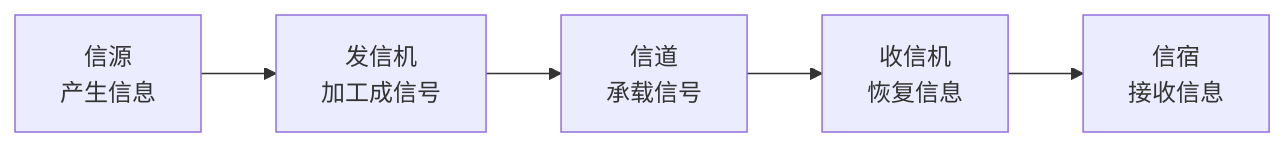
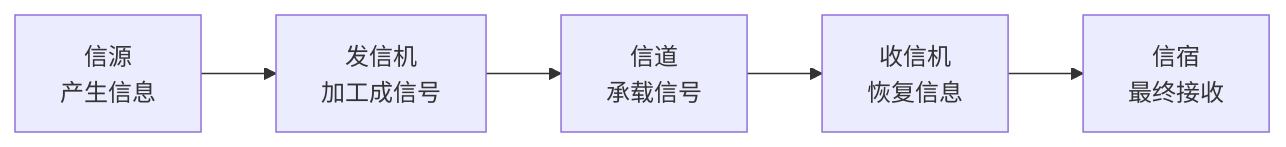
One commit to 74262195/system-architect-notes changed the diagram in 01_综合知识/01_计算机系统基础知识/03_计算机网络/数据通信基本模型与信道.md. Above: the diagram before and after it, drawn with Mermaid. The commit also changed other lines of this file, not shown here.

````diff
--- a/01_综合知识/01_计算机系统基础知识/03_计算机网络/数据通信基本模型与信道.md
+++ b/01_综合知识/01_计算机系统基础知识/03_计算机网络/数据通信基本模型与信道.md
@@ -32,7 +34,7 @@
 ```mermaid
 flowchart LR
-    A["信源<br/>产生信息"] --> B["发信机<br/>加工成信号"]
-    B --> C["信道<br/>承载信号"]
-    C --> D["收信机<br/>恢复信息"]
-    D --> E["信宿<br/>接收信息"]
+  A[信源<br/>产生信息] --> B[发信机<br/>加工成信号]
+  B --> C[信道<br/>承载信号]
+  C --> D[收信机<br/>恢复信息]
+  D --> E[信宿<br/>最终接收]
 ```
````
